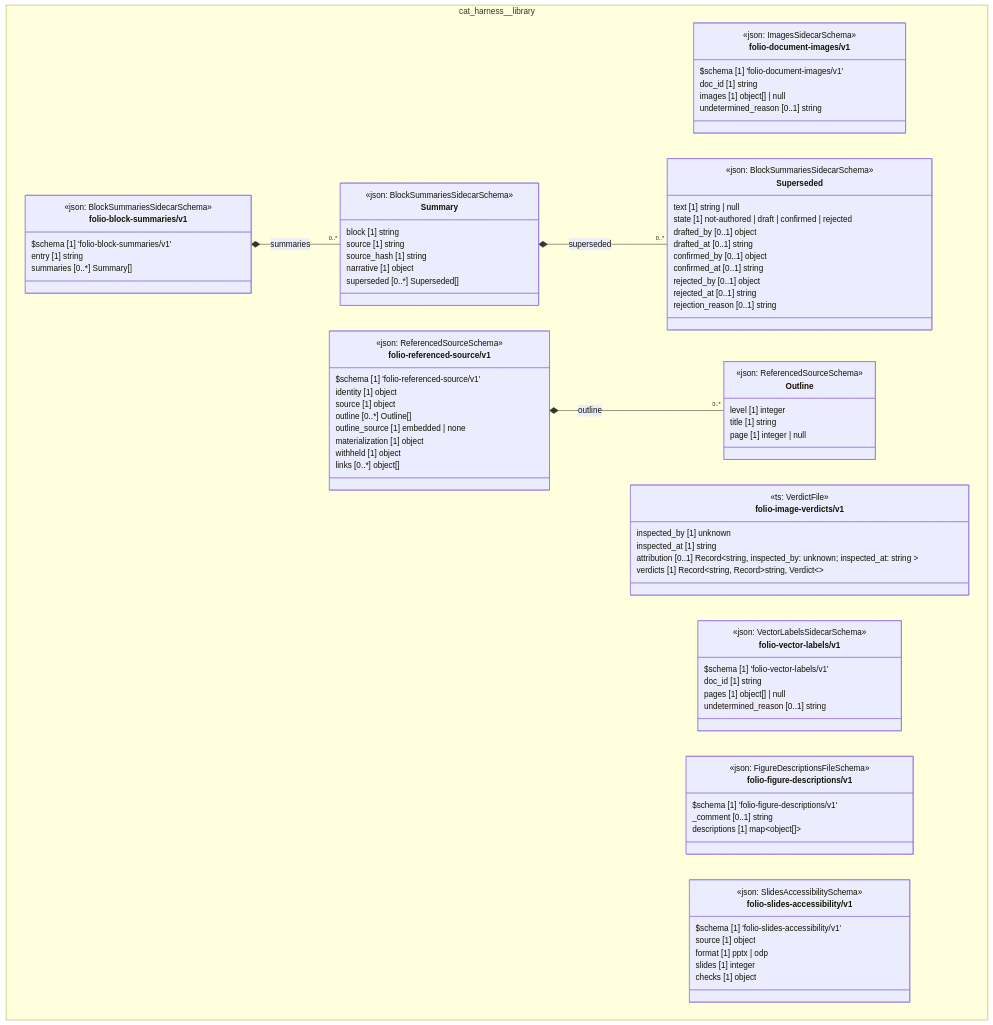
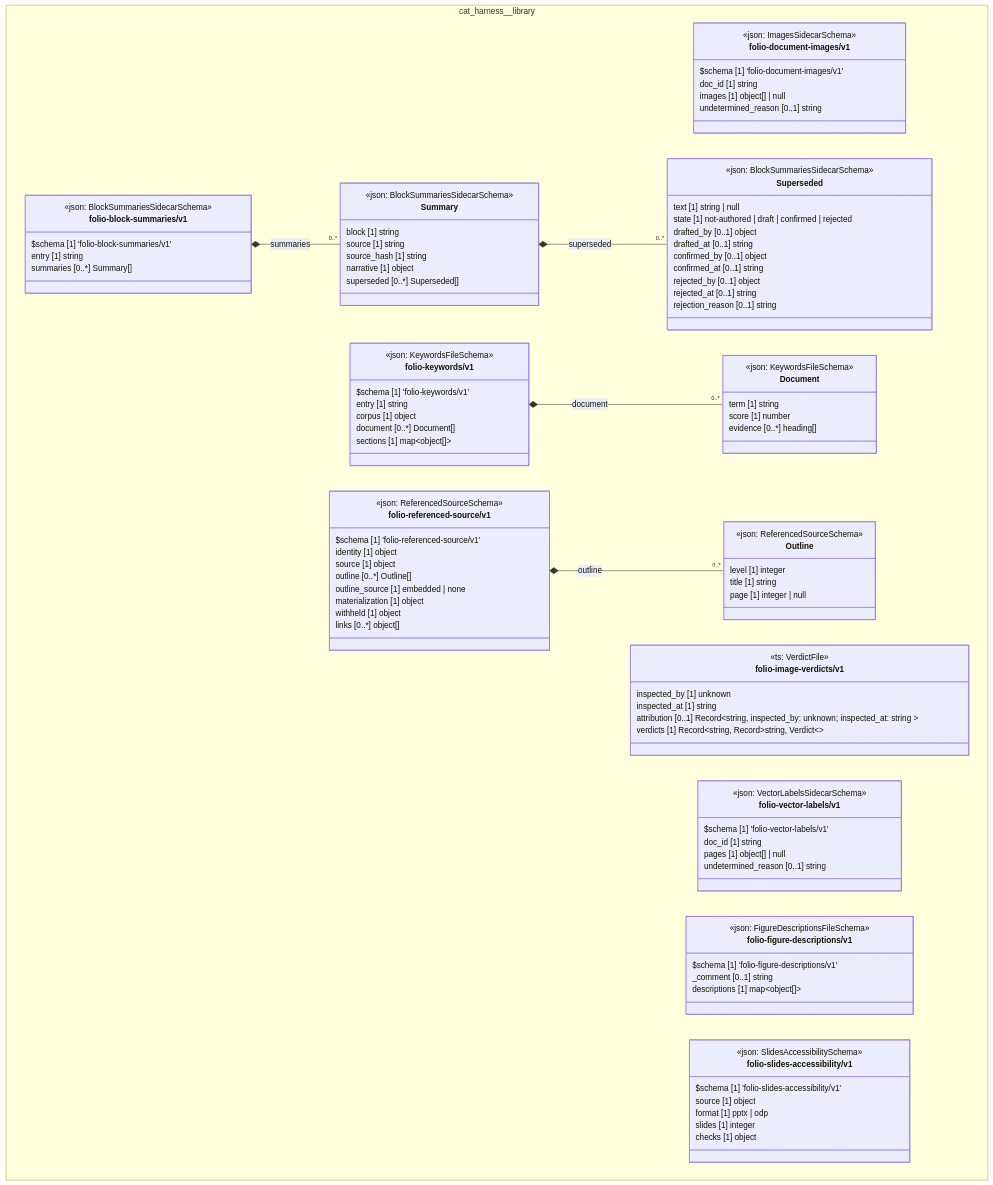
One commit to litlfred/folio-assistant changed the diagram in cat-harness/docs/uml/overview/cat-harness/library.md. Above: the diagram before and after it, drawn with Mermaid. The commit also changed other lines of this file and 137 other files, not shown here.

```diff
--- a/cat-harness/docs/uml/overview/cat-harness/library.md
+++ b/cat-harness/docs/uml/overview/cat-harness/library.md
@@ -96,6 +96,20 @@
       entry [1] string
       summaries [0..*] Summary[]
     }
+    class cat_harness_library_folio_keywords_v1_Document["Document"] {
+      <<json: KeywordsFileSchema>>
+      term [1] string
+      score [1] number
+      evidence [0..*] heading[]
+    }
+    class cat_harness_library_folio_keywords_v1_folio_keywords_v1["folio-keywords/v1"] {
+      <<json: KeywordsFileSchema>>
+      $schema [1] 'folio-keywords/v1'
+      entry [1] string
+      corpus [1] object
+      document [0..*] Document[]
+      sections [1] map~object[]~
+    }
     class cat_harness_library_folio_slides_accessibility_v1_folio_slides_accessibility_v1["folio-slides-accessibility/v1"] {
       <<json: SlidesAccessibilitySchema>>
       $schema [1] 'folio-slides-accessibility/v1'
@@ -124,6 +138,7 @@
   }
   cat_harness_library_folio_block_summaries_v1_Summary *-- "0..*" cat_harness_library_folio_block_summaries_v1_Superseded : superseded
   cat_harness_library_folio_block_summaries_v1_folio_block_summaries_v1 *-- "0..*" cat_harness_library_folio_block_summaries_v1_Summary : summaries
+  cat_harness_library_folio_keywords_v1_folio_keywords_v1 *-- "0..*" cat_harness_library_folio_keywords_v1_Document : document
   cat_harness_library_folio_referenced_source_v1_folio_referenced_source_v1 *-- "0..*" cat_harness_library_folio_referenced_source_v1_Outline : outline
   cssClass "cat_harness_library_folio_document_images_v1_folio_document_images_v1" fa_uml_kind_library
   cssClass "cat_harness_library_folio_image_verdicts_v1" fa_uml_kind_library
@@ -132,6 +147,8 @@
   cssClass "cat_harness_library_folio_block_summaries_v1_Superseded" fa_uml_kind_library
   cssClass "cat_harness_library_folio_block_summaries_v1_Summary" fa_uml_kind_library
   cssClass "cat_harness_library_folio_block_summaries_v1_folio_block_summaries_v1" fa_uml_kind_library
+  cssClass "cat_harness_library_folio_keywords_v1_Document" fa_uml_kind_library
+  cssClass "cat_harness_library_folio_keywords_v1_folio_keywords_v1" fa_uml_kind_library
   cssClass "cat_harness_library_folio_slides_accessibility_v1_folio_slides_accessibility_v1" fa_uml_kind_library
   cssClass "cat_harness_library_folio_referenced_source_v1_Outline" fa_uml_kind_library
   cssClass "cat_harness_library_folio_referenced_source_v1_folio_referenced_source_v1" fa_uml_kind_library
```
